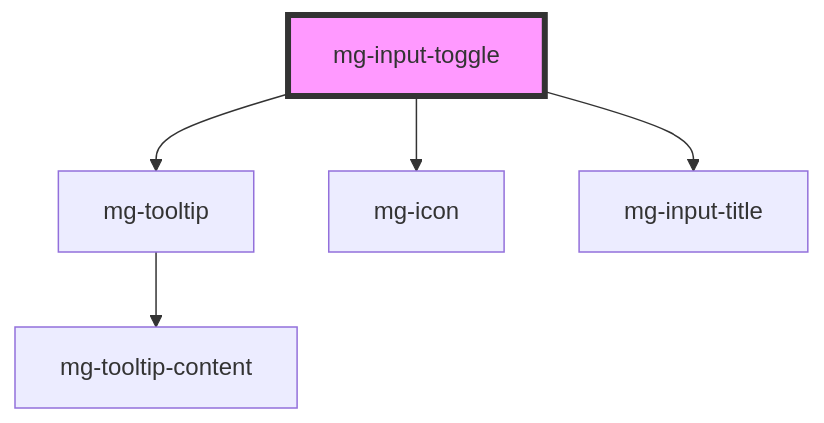
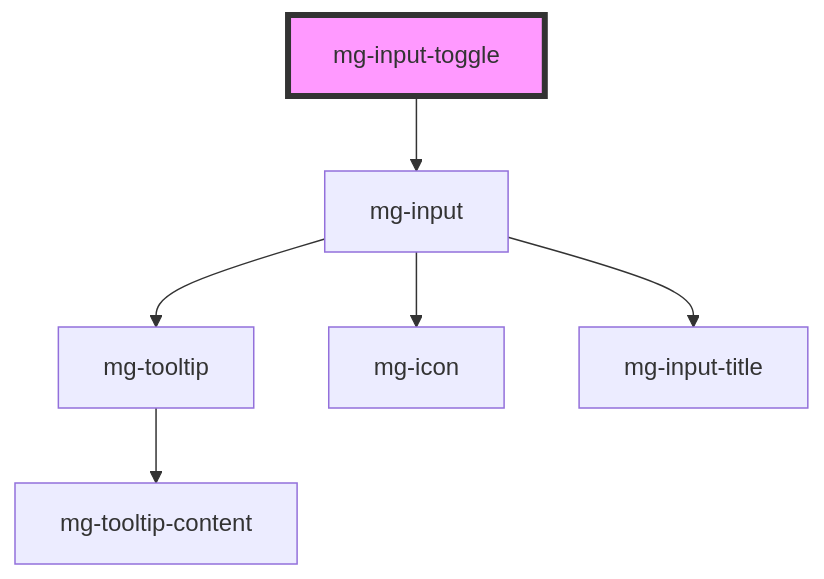
One commit to MGDIS/core-ui changed the diagram in packages/mg-components/src/components/molecules/inputs/mg-input-toggle/readme.md. Above: the diagram before and after it, drawn with Mermaid. The commit also changed other lines of this file and 39 other files, not shown here.

````diff
--- a/packages/mg-components/src/components/molecules/inputs/mg-input-toggle/readme.md
+++ b/packages/mg-components/src/components/molecules/inputs/mg-input-toggle/readme.md
@@ -91,8 +89,9 @@
 ```mermaid
 graph TD;
-  mg-input-toggle --> mg-tooltip
-  mg-input-toggle --> mg-icon
-  mg-input-toggle --> mg-input-title
+  mg-input-toggle --> mg-input
+  mg-input --> mg-tooltip
+  mg-input --> mg-icon
+  mg-input --> mg-input-title
   mg-tooltip --> mg-tooltip-content
   style mg-input-toggle fill:#f9f,stroke:#333,stroke-width:4px
 ```
````
